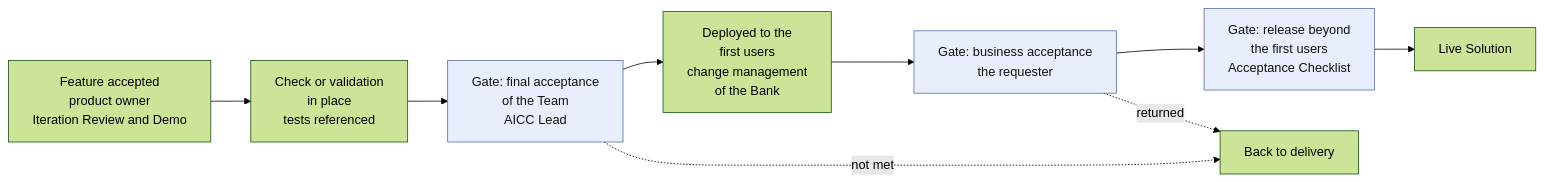
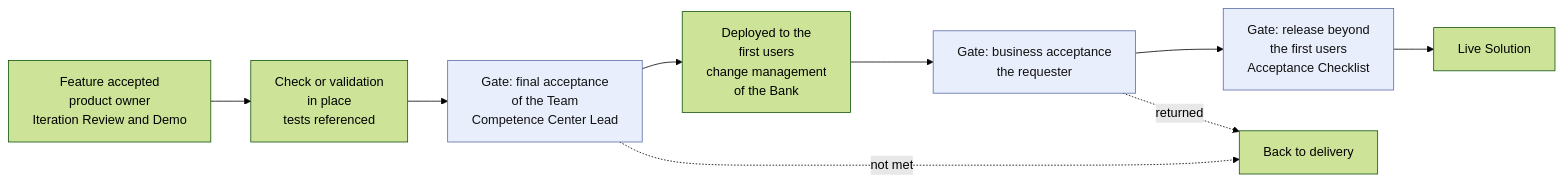
The sixth of 10 diagrams in charter/en/workflows/service-delivery.md (devhogu/ob-aicc), drawn with Mermaid (forest theme) before and after one commit. The commit also changed other lines of this file and 1149 other files, not shown here.

First line of the commit message:
The name Competence Center: AICC stays only as a code (DR-2026-066)

````diff
--- a/charter/en/workflows/service-delivery.md
+++ b/charter/en/workflows/service-delivery.md
@@ -151,13 +151,13 @@
 ```mermaid
 flowchart LR
   FA["Feature accepted<br/>product owner<br/>Iteration Review and Demo"] --> CV["Check or validation<br/>in place<br/>tests referenced"]
-  CV --> TF["Gate: final acceptance<br/>of the Team<br/>AICC Lead"]
+  CV --> TF["Gate: final acceptance<br/>of the Team<br/>Competence Center Lead"]
   TF --> FU["Deployed to the<br/>first users<br/>change management<br/>of the Bank"]
   FU --> BA["Gate: business acceptance<br/>the requester"]
   BA --> RL["Gate: release beyond<br/>the first users<br/>Acceptance Checklist"]
   RL --> LV["Live Solution"]
   TF -.->|"not met"| BK["Back to delivery"]
   BA -.->|"returned"| BK
   classDef gate fill:#e8eefc,stroke:#5a6fa8,color:#111
   class TF,BA,RL gate
 ```
````
